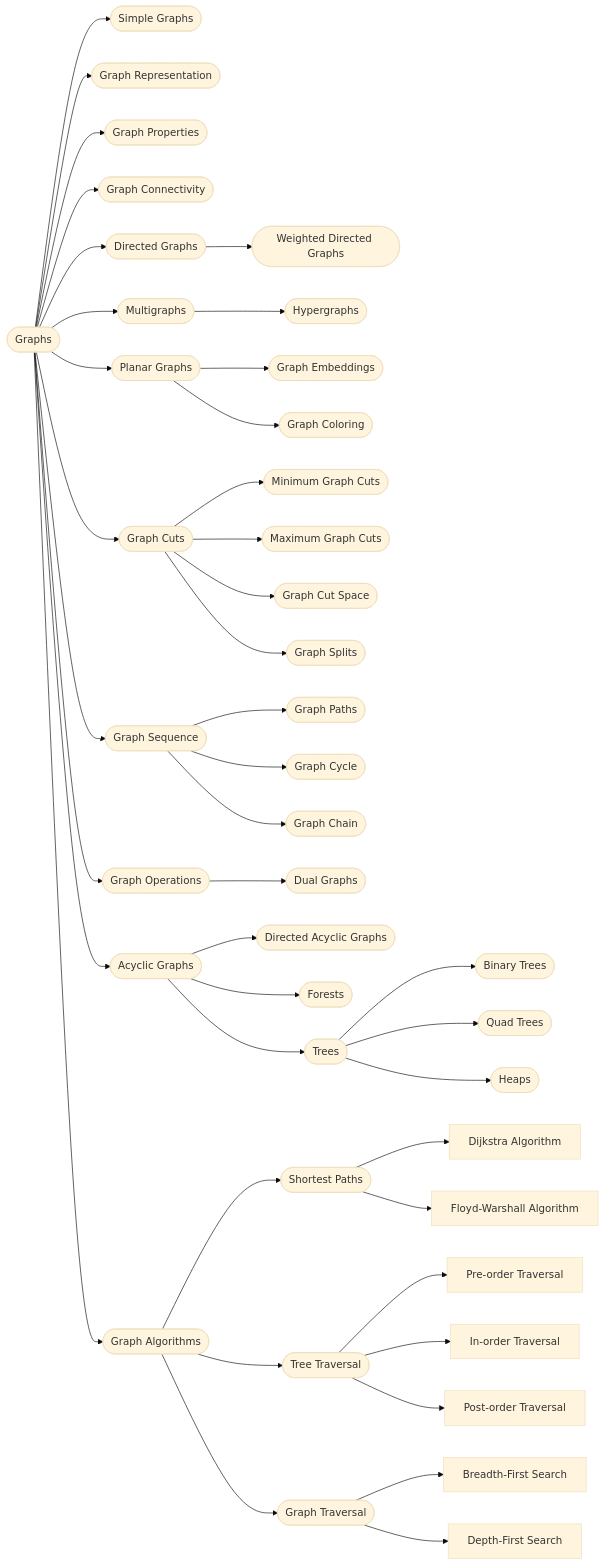
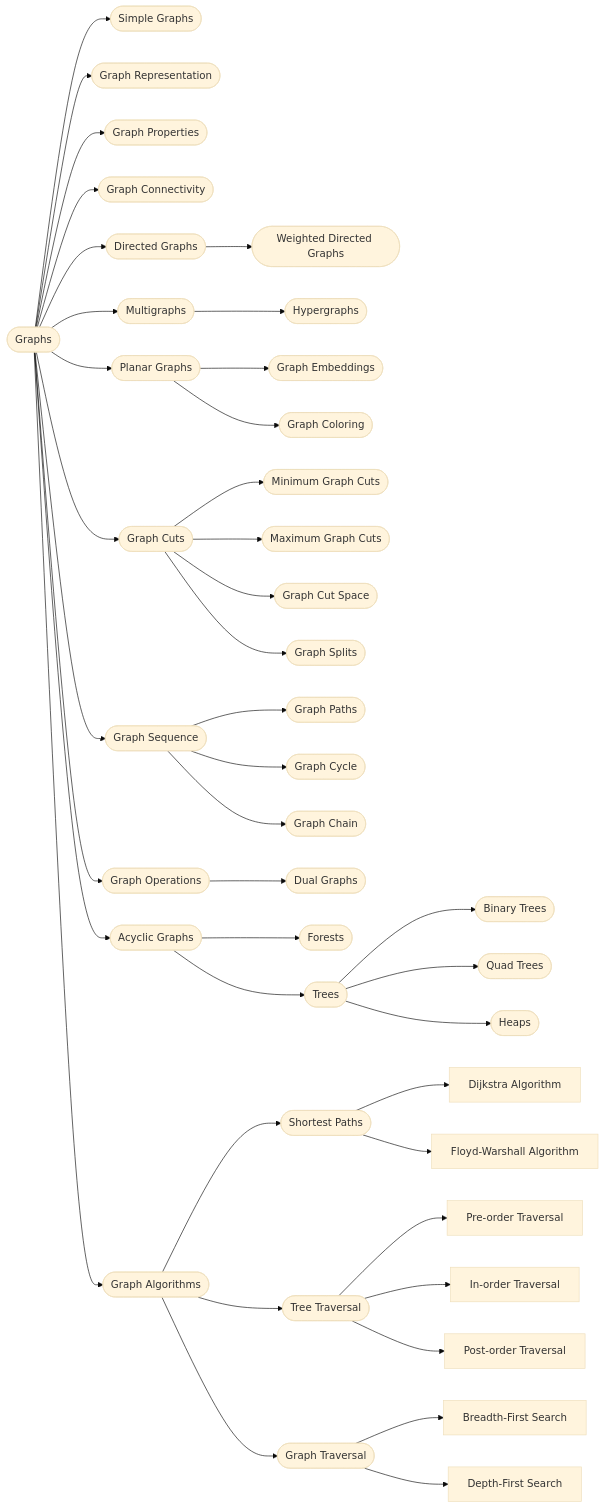
Before and after one commit to qaip/gt: the first of 2 diagrams in README.md, drawn with Mermaid (base theme).

````diff
--- a/README.md
+++ b/README.md
@@ -3,58 +3,57 @@
 ```mermaid
 graph LR;
   Graphs([Graphs])
   Graphs --> Simple_Graphs([Simple Graphs])
   Graphs --> Graph_Representation([Graph Representation])
   Graphs --> Graph_Properties([Graph Properties])
   Graphs --> Graph_Connectivity([Graph Connectivity])
   
   
   Graphs --> Directed_Graphs([Directed Graphs])
   Directed_Graphs --> Weighted_Directed_Graphs([Weighted Directed Graphs])
 
   Graphs --> Multigraphs([Multigraphs])
   Multigraphs --> Hypergraphs([Hypergraphs])
 
 
   Graphs --> Planar_Graphs([Planar Graphs])
   Planar_Graphs --> Graph_Embeddings([Graph Embeddings])
   Planar_Graphs --> Graph_Coloring([Graph Coloring])
 
   Graphs --> Graph_Cuts([Graph Cuts])
   Graph_Cuts --> Minimum_Graph_Cuts([Minimum Graph Cuts])
   Graph_Cuts --> Maximum_Graph_Cuts([Maximum Graph Cuts])
   Graph_Cuts --> Graph_Cut_Space([Graph Cut Space])
   Graph_Cuts --> Graph_Splits([Graph Splits])
   
   Graphs --> Graph_Sequence([Graph Sequence])
   Graph_Sequence --> Graph_Paths([Graph Paths])
   Graph_Sequence --> Graph_Cycle([Graph Cycle])
   Graph_Sequence --> Graph_Chain([Graph Chain])
   
   Graphs --> Graph_Operations([Graph Operations])
   Graph_Operations --> Dual_Graphs([Dual Graphs])
   
   Graphs --> Acyclic_Graphs([Acyclic Graphs])
-  Acyclic_Graphs --> Directed_Acyclic_Graphs([Directed Acyclic Graphs])
   Acyclic_Graphs --> Forests([Forests])
   Acyclic_Graphs --> Trees([Trees])
  
   Trees --> Binary_Trees([Binary Trees])
   Trees --> Quad_Trees([Quad Trees])
   Trees --> Heaps([Heaps])
 
   Graphs --> Graph_Algorithms([Graph Algorithms])
   Graph_Algorithms --> Shortest_Paths([Shortest Paths])
   Graph_Algorithms --> Tree_Traversal([Tree Traversal])
   Graph_Algorithms --> Graph_Traversal([Graph Traversal])
 
   Shortest_Paths --> Dijkstra_Algorithm[Dijkstra Algorithm]
   Shortest_Paths --> Floyd_Warshall_Algorithm[Floyd-Warshall Algorithm]
 
   Tree_Traversal --> Pre_order_Traversal[Pre-order Traversal]
   Tree_Traversal --> In_order_Traversal[In-order Traversal]
   Tree_Traversal --> Post_order_Traversal[Post-order Traversal]
 
   Graph_Traversal --> Breadth_First_Search[Breadth-First Search]
   Graph_Traversal --> Depth_First_Search[Depth-First Search]
 ```
````
